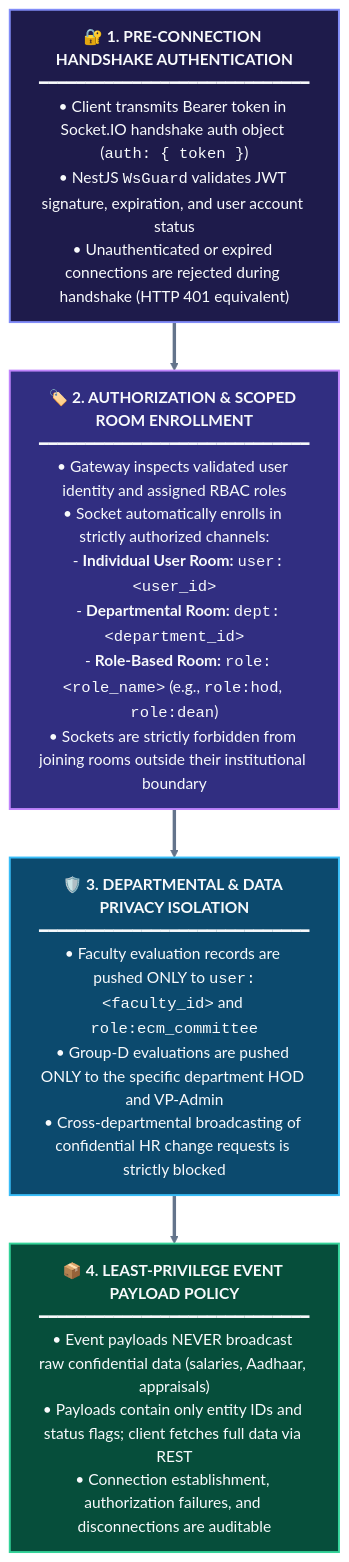
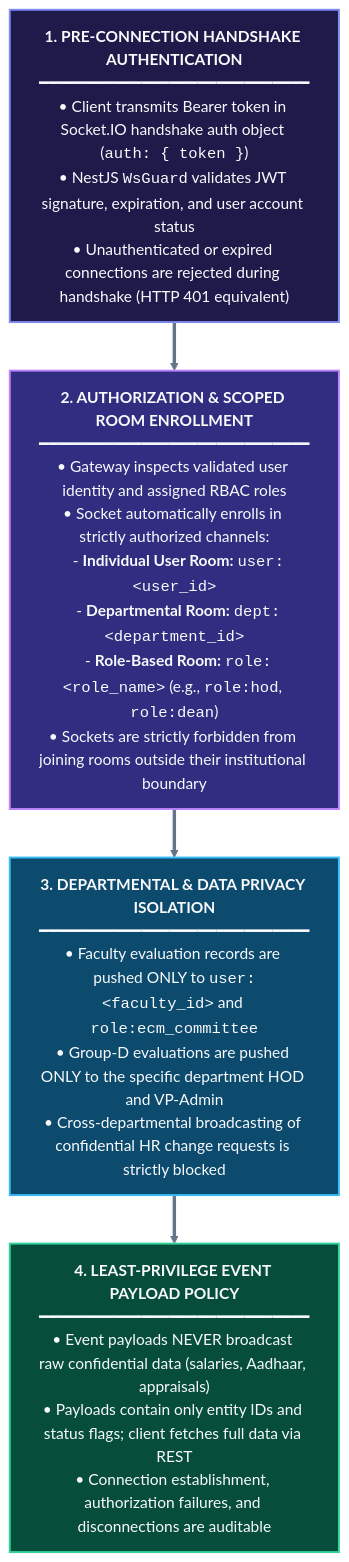
The second of 3 diagrams in docs/04-system-architecture/ADR-001-REAL-TIME-COMMUNICATION.md (Aditya11o/HR-CHANGE-MANAGEMENT-SYSTEM), drawn with Mermaid before and after one commit. The commit also changed other lines of this file and 8 other files, not shown here.

Commit message:
docs: add system architecture, test strategy, deployment guide, and requirements specifications

````diff
--- a/docs/04-system-architecture/ADR-001-REAL-TIME-COMMUNICATION.md
+++ b/docs/04-system-architecture/ADR-001-REAL-TIME-COMMUNICATION.md
@@ -240,18 +240,18 @@
 ```mermaid
 %%{init: {'theme': 'base', 'themeVariables': { 'primaryColor': '#1e293b', 'primaryTextColor': '#f8fafc', 'primaryBorderColor': '#38bdf8', 'lineColor': '#64748b'}}}%%
 flowchart TD
     classDef step1 fill:#1e1b4b,stroke:#818cf8,stroke-width:2px,color:#f8fafc;
     classDef step2 fill:#312e81,stroke:#c084fc,stroke-width:2px,color:#f8fafc;
     classDef step3 fill:#0c4a6e,stroke:#38bdf8,stroke-width:2px,color:#f8fafc;
     classDef step4 fill:#064e3b,stroke:#34d399,stroke-width:2px,color:#f8fafc;
 
-    S1["🔐 <b>1. PRE-CONNECTION HANDSHAKE AUTHENTICATION</b><br/>━━━━━━━━━━━━━━━━━━━━━━━━━━━━━<br/>• Client transmits Bearer token in Socket.IO handshake auth object (<code>auth: { token }</code>)<br/>• NestJS <code>WsGuard</code> validates JWT signature, expiration, and user account status<br/>• Unauthenticated or expired connections are rejected during handshake (HTTP 401 equivalent)"]:::step1
+    S1["<b>1. PRE-CONNECTION HANDSHAKE AUTHENTICATION</b><br/>━━━━━━━━━━━━━━━━━━━━━━━━━━━━━<br/>• Client transmits Bearer token in Socket.IO handshake auth object (<code>auth: { token }</code>)<br/>• NestJS <code>WsGuard</code> validates JWT signature, expiration, and user account status<br/>• Unauthenticated or expired connections are rejected during handshake (HTTP 401 equivalent)"]:::step1
 
-    S2["🏷️ <b>2. AUTHORIZATION & SCOPED ROOM ENROLLMENT</b><br/>━━━━━━━━━━━━━━━━━━━━━━━━━━━━━<br/>• Gateway inspects validated user identity and assigned RBAC roles<br/>• Socket automatically enrolls in strictly authorized channels:<br/>  - <b>Individual User Room:</b> <code>user:&lt;user_id&gt;</code><br/>  - <b>Departmental Room:</b> <code>dept:&lt;department_id&gt;</code><br/>  - <b>Role-Based Room:</b> <code>role:&lt;role_name&gt;</code> (e.g., <code>role:hod</code>, <code>role:dean</code>)<br/>• Sockets are strictly forbidden from joining rooms outside their institutional boundary"]:::step2
+    S2["<b>2. AUTHORIZATION & SCOPED ROOM ENROLLMENT</b><br/>━━━━━━━━━━━━━━━━━━━━━━━━━━━━━<br/>• Gateway inspects validated user identity and assigned RBAC roles<br/>• Socket automatically enrolls in strictly authorized channels:<br/>  - <b>Individual User Room:</b> <code>user:&lt;user_id&gt;</code><br/>  - <b>Departmental Room:</b> <code>dept:&lt;department_id&gt;</code><br/>  - <b>Role-Based Room:</b> <code>role:&lt;role_name&gt;</code> (e.g., <code>role:hod</code>, <code>role:dean</code>)<br/>• Sockets are strictly forbidden from joining rooms outside their institutional boundary"]:::step2
 
-    S3["🛡️ <b>3. DEPARTMENTAL & DATA PRIVACY ISOLATION</b><br/>━━━━━━━━━━━━━━━━━━━━━━━━━━━━━<br/>• Faculty evaluation records are pushed ONLY to <code>user:&lt;faculty_id&gt;</code> and <code>role:ecm_committee</code><br/>• Group-D evaluations are pushed ONLY to the specific department HOD and VP-Admin<br/>• Cross-departmental broadcasting of confidential HR change requests is strictly blocked"]:::step3
+    S3["<b>3. DEPARTMENTAL & DATA PRIVACY ISOLATION</b><br/>━━━━━━━━━━━━━━━━━━━━━━━━━━━━━<br/>• Faculty evaluation records are pushed ONLY to <code>user:&lt;faculty_id&gt;</code> and <code>role:ecm_committee</code><br/>• Group-D evaluations are pushed ONLY to the specific department HOD and VP-Admin<br/>• Cross-departmental broadcasting of confidential HR change requests is strictly blocked"]:::step3
 
-    S4["📦 <b>4. LEAST-PRIVILEGE EVENT PAYLOAD POLICY</b><br/>━━━━━━━━━━━━━━━━━━━━━━━━━━━━━<br/>• Event payloads NEVER broadcast raw confidential data (salaries, Aadhaar, appraisals)<br/>• Payloads contain only entity IDs and status flags; client fetches full data via REST<br/>• Connection establishment, authorization failures, and disconnections are auditable"]:::step4
+    S4["<b>4. LEAST-PRIVILEGE EVENT PAYLOAD POLICY</b><br/>━━━━━━━━━━━━━━━━━━━━━━━━━━━━━<br/>• Event payloads NEVER broadcast raw confidential data (salaries, Aadhaar, appraisals)<br/>• Payloads contain only entity IDs and status flags; client fetches full data via REST<br/>• Connection establishment, authorization failures, and disconnections are auditable"]:::step4
 
     S1 ==> S2 ==> S3 ==> S4
 ```
````
